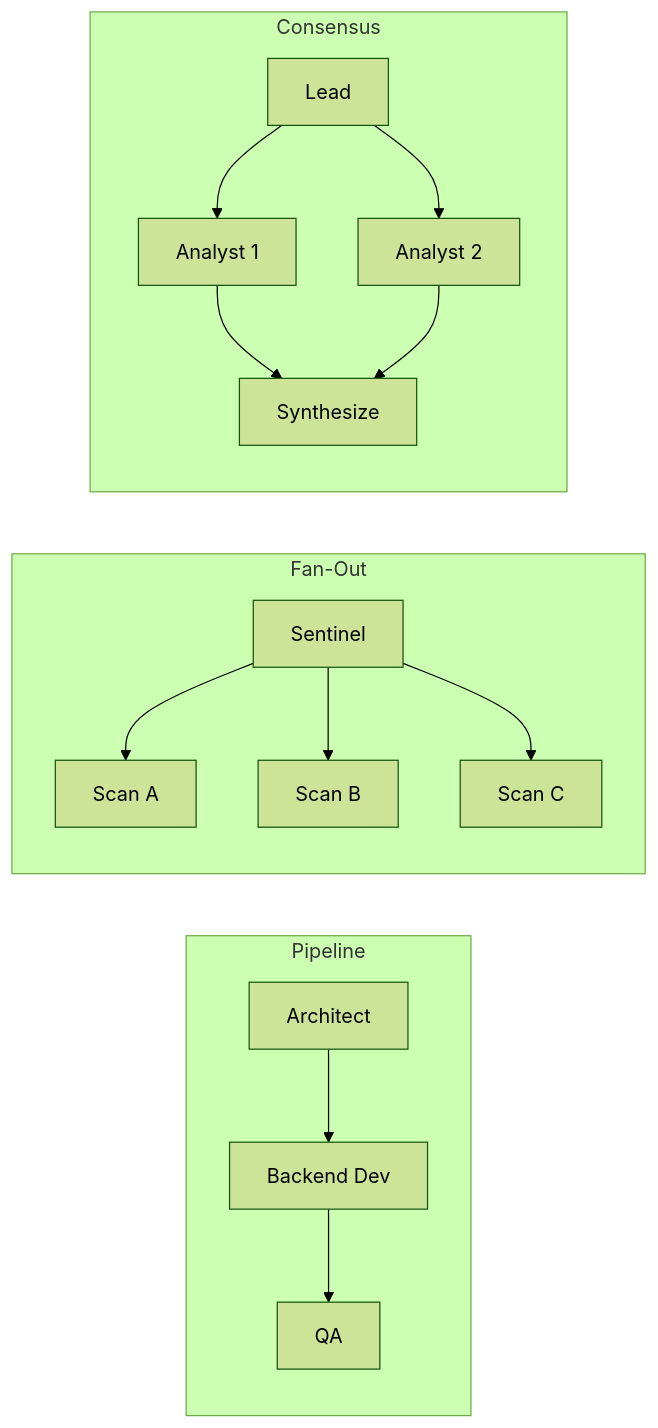
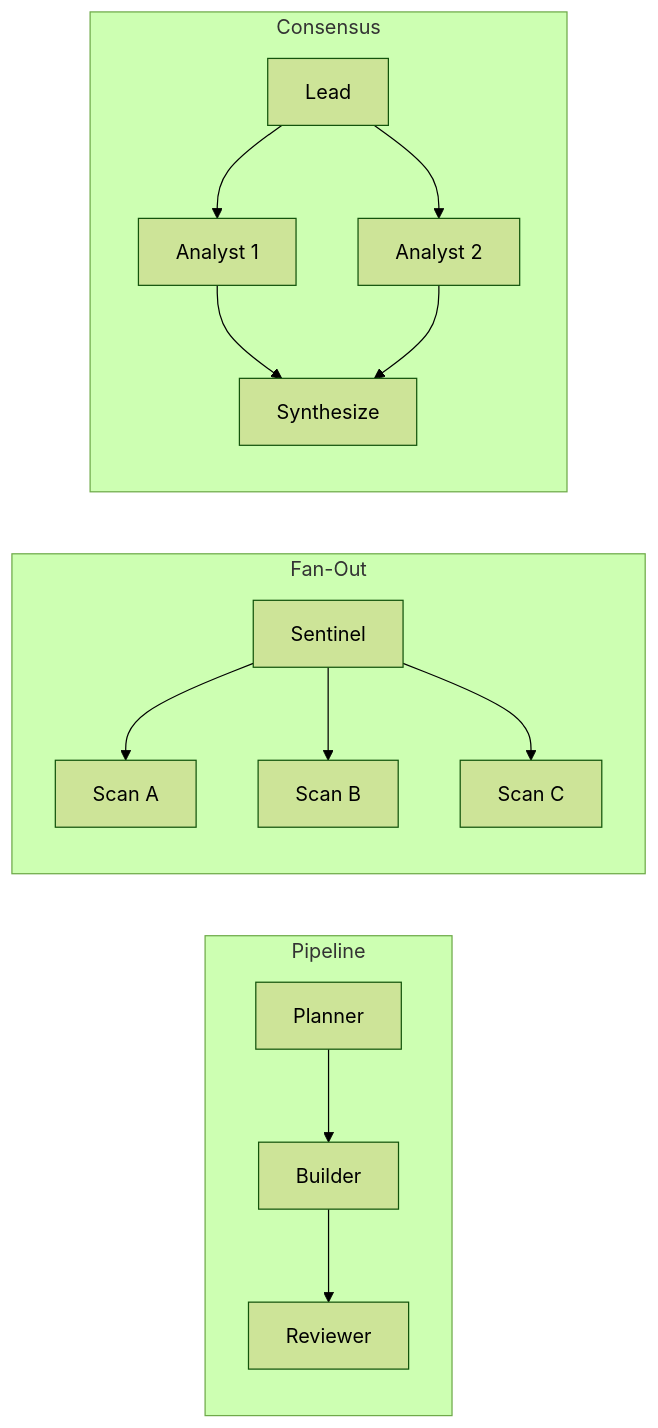
The fifth of 5 diagrams in docs/ARCHITECTURE.md (SprayberryLabs/askalf), drawn with Mermaid (forest theme) before and after one commit. The commit also changed other lines of this file and 4 other files, not shown here.

````diff
--- a/docs/ARCHITECTURE.md
+++ b/docs/ARCHITECTURE.md
@@ -505,19 +505,19 @@
 ```mermaid
 graph LR
     subgraph Pipeline
-        A1[Architect] --> A2[Backend Dev] --> A3[QA]
+        A1[Planner] --> A2[Builder] --> A3[Reviewer]
     end
 
     subgraph FanOut["Fan-Out"]
         S[Sentinel] --> S1[Scan A]
         S --> S2[Scan B]
         S --> S3[Scan C]
     end
 
     subgraph Consensus
         L[Lead] --> C1[Analyst 1]
         L --> C2[Analyst 2]
         C1 --> SY[Synthesize]
         C2 --> SY
     end
 ```
````
